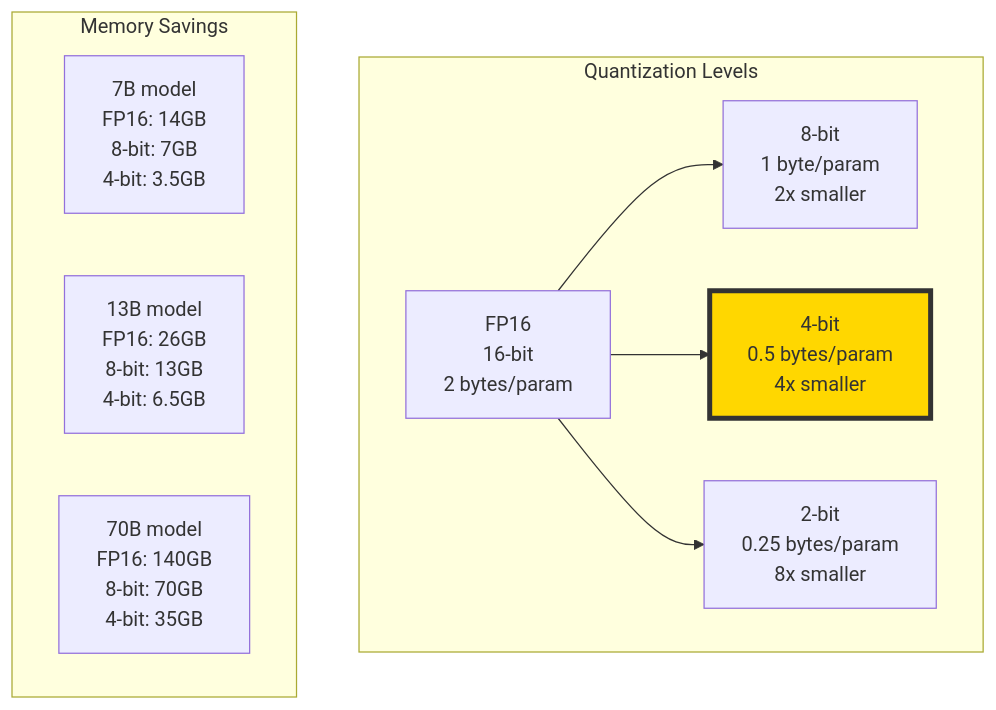
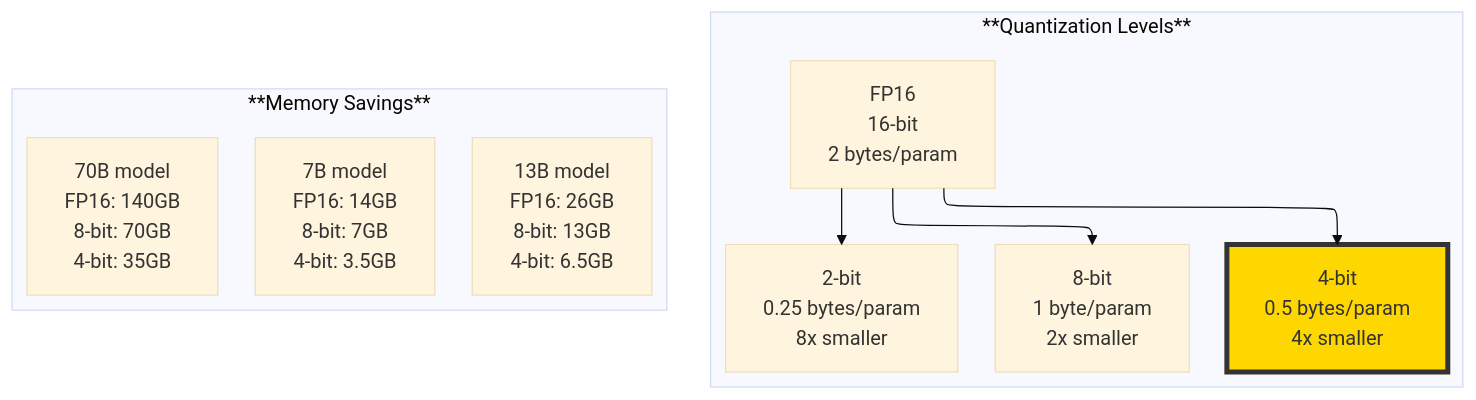
One commit to Vineet-Sharma-Medium-Stories/Medium-Build-Tool changed the second of 2 diagrams in The 2026 AI Metromap/The 2026 AI Metromap: Open Source LLMs – LLaMA, Mistral, DeepSeek, and Beyond.md. Above: the diagram before and after it, drawn with Mermaid. The commit also changed other lines of this file and 37 other files, not shown here.

````diff
--- a/The 2026 AI Metromap/The 2026 AI Metromap: Open Source LLMs – LLaMA, Mistral, DeepSeek, and Beyond.md
+++ b/The 2026 AI Metromap/The 2026 AI Metromap: Open Source LLMs – LLaMA, Mistral, DeepSeek, and Beyond.md
@@ -168,16 +174,22 @@
 ```mermaid
+---
+config:
+  theme: base
+  layout: elk
+---
+
 graph TD
-    subgraph "Quantization Levels"
+    subgraph "**Quantization Levels**"
         FP16[FP16<br/>16-bit<br/>2 bytes/param] --> Q8[8-bit<br/>1 byte/param<br/>2x smaller]
         FP16 --> Q4[4-bit<br/>0.5 bytes/param<br/>4x smaller]
         FP16 --> Q2[2-bit<br/>0.25 bytes/param<br/>8x smaller]
     end
     
-    subgraph "Memory Savings"
+    subgraph "**Memory Savings**"
         S7[7B model<br/>FP16: 14GB<br/>8-bit: 7GB<br/>4-bit: 3.5GB]
         S13[13B model<br/>FP16: 26GB<br/>8-bit: 13GB<br/>4-bit: 6.5GB]
         S70[70B model<br/>FP16: 140GB<br/>8-bit: 70GB<br/>4-bit: 35GB]
     end
     
     style Q4 fill:#ffd700,stroke:#333,stroke-width:4px
 ```
````
